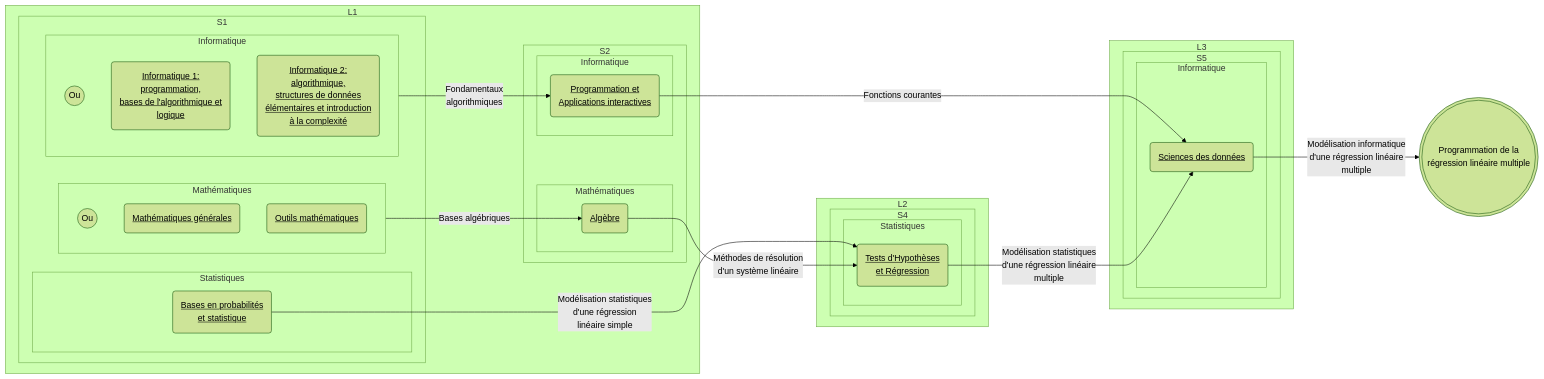
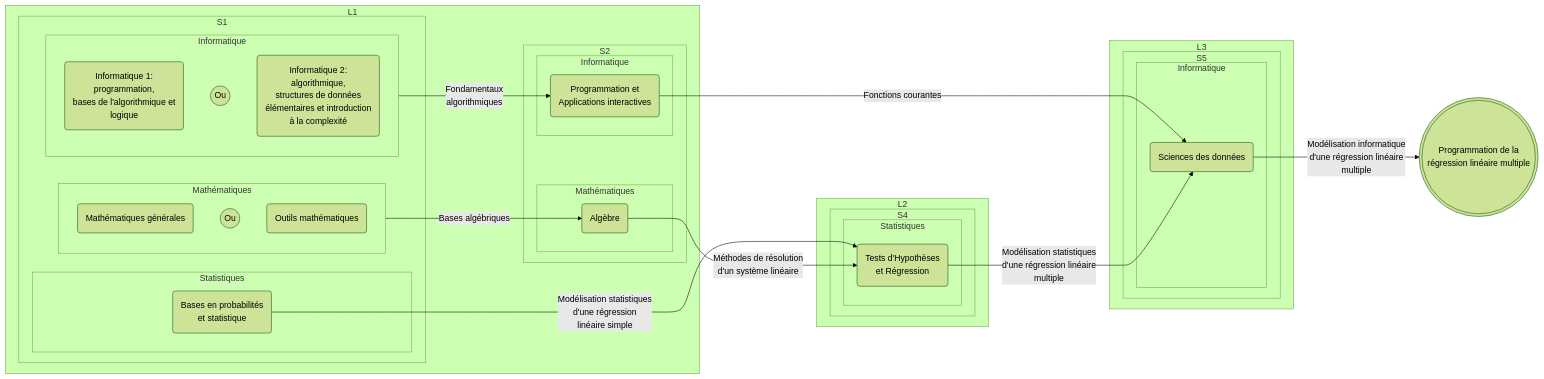
The diagram in Applications en Licence MIASHS.md (anthobeach/applications-concretes-des-apprentissages), drawn with Mermaid (forest theme) before and after one commit.

Commit message:
Remove underline formatting from text in flowchart

````diff
--- a/Applications en Licence MIASHS.md
+++ b/Applications en Licence MIASHS.md
@@ -3,65 +3,65 @@
 ```mermaid
 flowchart LR
 		subgraph le1[L1]
 				subgraph se1[S1]
 					subgraph stat1[Statistiques]
-				    id1(<u> Bases en probabilités <br> et statistique </u>)
+				    id1(  Bases en probabilités <br> et statistique  )
 			    end
 			    subgraph info1[Informatique]
+					id2(  Informatique 1: <br> programmation, <br> bases de l'algorithmique et <br> logique  )
 				    id3((Ou))
-				    id2(<u> Informatique 1: <br> programmation, <br> bases de l'algorithmique et <br> logique </u>)
-				    id4(<u> Informatique 2: <br> algorithmique, <br> structures de données <br> élémentaires et introduction <br> à la complexité </u>)
+				    id4(  Informatique 2: <br> algorithmique, <br> structures de données <br> élémentaires et introduction <br> à la complexité  )
 			    end
 			    subgraph math1 [Mathématiques]
-						id6((Ou))
-						id7(<u> Mathématiques générales </u>)
-				    id5(<u> Outils mathématiques </u>)
+					id7(  Mathématiques générales  )
+					id6((Ou))
+				    id5(  Outils mathématiques  )
 					end
 		    end
 		    subgraph se2[S2]
 			    subgraph math2[Mathématiques]
-				    id8(<u> Algèbre </u>)
+				    id8(  Algèbre  )
 				  end
 				  subgraph info2[Informatique]
-					  id9(<u> Programmation et <br> Applications interactives </u>)
+					  id9(  Programmation et <br> Applications interactives  )
 				  end
 		    end
     end
     subgraph le2 [L2]
 	    subgraph se4[S4]
 		    subgraph stat2[Statistiques]
-			    id10(<u> Tests d'Hypothèses <br> et Régression </u>)
+			    id10(  Tests d'Hypothèses <br> et Régression  )
 			  end
 			end
     end
     subgraph le3 [L3]
 	    subgraph se5 [S5]
 		    subgraph info3 [Informatique]
-			    id11(<u> Sciences des données </u>)
+			    id11(  Sciences des données  )
 			  end
 			end
 	  end
     id12@{ shape: dbl-circ, label: Programmation de la <br> régression linéaire multiple }
     %% clickable links
 	    %% S1
 	    click id1 "https://formations.u-bordeaux.fr/details-formation?type=enseignement&id=27784"
 	    click id2 "https://formations.u-bordeaux.fr/details-formation?type=enseignement&id=38897"
 	    click id4 "https://formations.u-bordeaux.fr/details-formation?type=enseignement&id=38899"
 	    click id5 "https://formations.u-bordeaux.fr/details-formation?type=enseignement&id=38891"
 	    click id7 "https://formations.u-bordeaux.fr/details-formation?type=enseignement&id=38892"
 	    %% S2
 	    click id8 "https://formations.u-bordeaux.fr/details-formation?type=enseignement&id=27954"
 	    click id9 "https://formations.u-bordeaux.fr/details-formation?type=enseignement&id=27565"
 	    %% S4
 	    click id10 "https://formations.u-bordeaux.fr/details-formation?type=enseignement&id=73987"
 	    %% S5
 	    click id11 "https://formations.u-bordeaux.fr/details-formation?type=enseignement&id=28193"
 	 %% knowledge transfer
 		 id1 -- Modélisation statistiques <br> d'une régression <br> linéaire simple --> id10
 		 info1 -- Fondamentaux <br> algorithmiques  --> id9
 		 math1 -- Bases algébriques --> id8
 		 id8 -- Méthodes de résolution <br> d'un système linéaire --> id10
 		 id9 -- Fonctions courantes --> id11
 		 id10 -- Modélisation statistiques <br> d'une régression linéaire <br> multiple --> id11
 		 id11 -- Modélisation informatique <br> d'une régression linéaire <br> multiple --> id12
 ```
````
